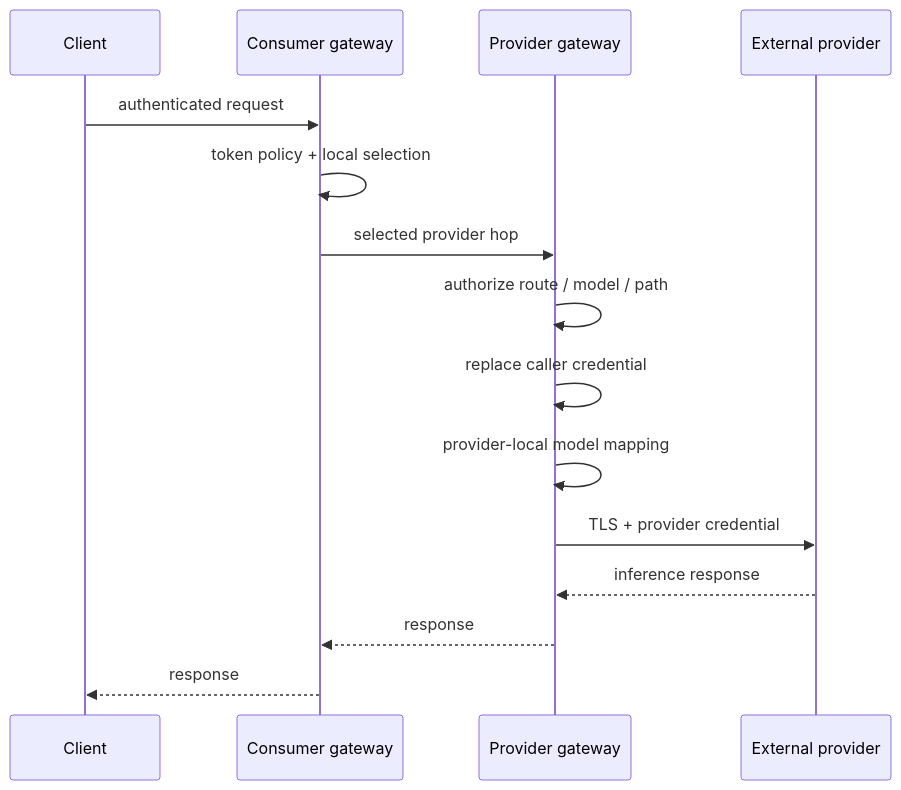
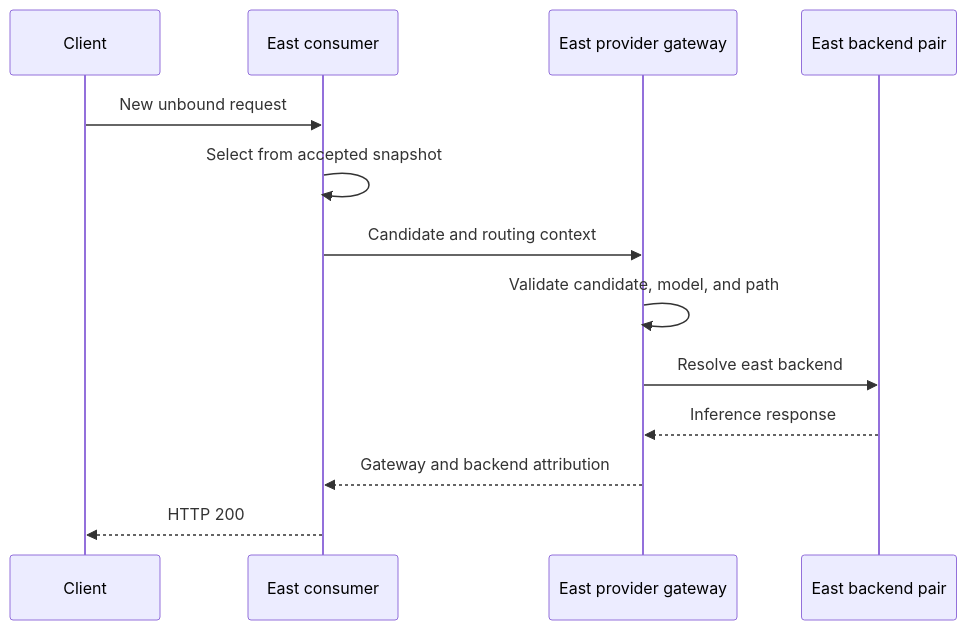
The third of 5 diagrams in demos/grid-cloud-burst/README.md (nerdalert/experimental), drawn with Mermaid before and after one commit. The commit also changed other lines of this file and 6 other files, not shown here.

````diff
--- a/demos/grid-cloud-burst/README.md
+++ b/demos/grid-cloud-burst/README.md
@@ -739,18 +137,16 @@
 ```mermaid
 sequenceDiagram
     participant C as Client
-    participant CG as Consumer gateway
-    participant PG as Provider gateway
-    participant CP as External provider
+    participant E as East consumer
+    participant P as East provider gateway
+    participant B as East backend pair
 
-    C->>CG: authenticated request
-    CG->>CG: token policy + local selection
-    CG->>PG: selected provider hop
-    PG->>PG: authorize route / model / path
-    PG->>PG: replace caller credential
-    PG->>PG: provider-local model mapping
-    PG->>CP: TLS + provider credential
-    CP-->>PG: inference response
-    PG-->>CG: response
-    CG-->>C: response
+    C->>E: New unbound request
+    E->>E: Select from accepted snapshot
+    E->>P: Candidate and routing context
+    P->>P: Validate candidate, model, and path
+    P->>B: Resolve east backend
+    B-->>P: Inference response
+    P-->>E: Gateway and backend attribution
+    E-->>C: HTTP 200
 ```
````
